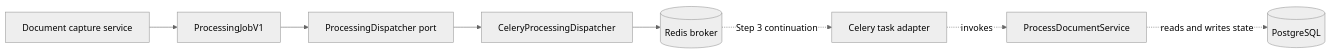
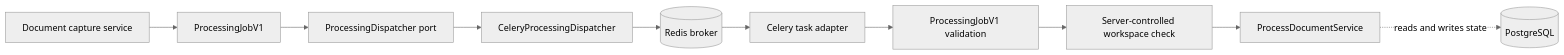
One commit to rnkraus/investment-research changed the diagram in backend/src/investment_research/infrastructure/queue/README.md. Above: the diagram before and after it, drawn with Mermaid (neutral theme). The commit also changed other lines of this file and 9 other files, not shown here.

Commit message:
feat(processing): add Celery worker execution path

````diff
--- a/backend/src/investment_research/infrastructure/queue/README.md
+++ b/backend/src/investment_research/infrastructure/queue/README.md
@@ -17,10 +18,12 @@
 ```mermaid
 flowchart LR
     CAPTURE[Document capture service] --> JOB[ProcessingJobV1]
     JOB --> PORT[ProcessingDispatcher port]
     PORT --> ADAPTER[CeleryProcessingDispatcher]
     ADAPTER --> REDIS[(Redis broker)]
-    REDIS -. Step 3 continuation .-> TASK[Celery task adapter]
-    TASK -. invokes .-> SERVICE[ProcessDocumentService]
+    REDIS --> TASK[Celery task adapter]
+    TASK --> VALIDATE[ProcessingJobV1 validation]
+    VALIDATE --> SCOPE[Server-controlled workspace check]
+    SCOPE --> SERVICE[ProcessDocumentService]
     SERVICE -. reads and writes state .-> POSTGRES[(PostgreSQL)]
 ```
````
